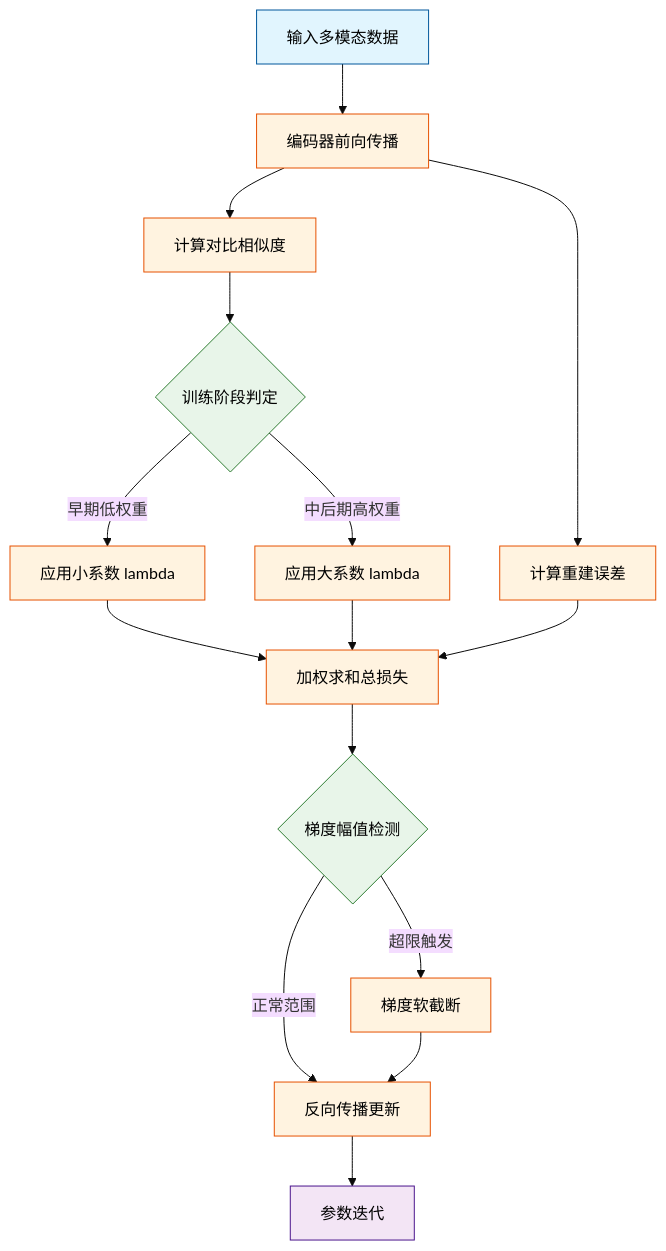
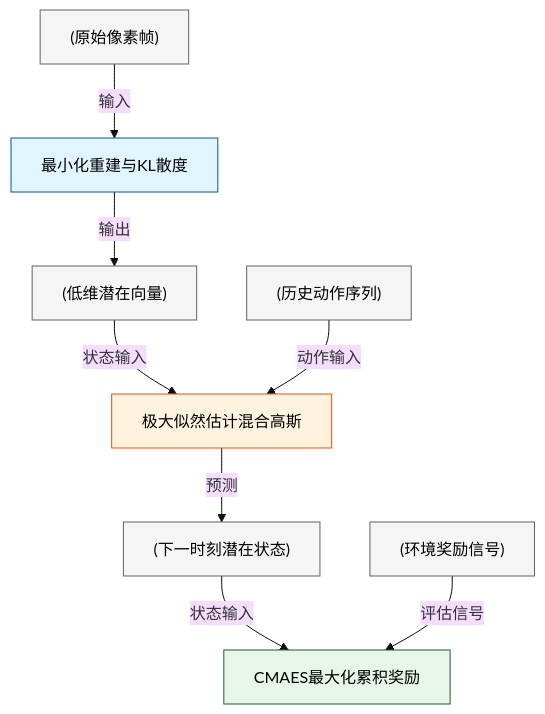
The fourth of 11 diagrams in person_vault/2026-06-08_WorldModels_1803.10122/report.md (ShinewineW/paper-rolling), drawn with Mermaid (base theme) before and after one commit. The commit also changed other lines of this file and 51 other files, not shown here.

````diff
--- a/person_vault/2026-06-08_WorldModels_1803.10122/report.md
+++ b/person_vault/2026-06-08_WorldModels_1803.10122/report.md
@@ -185,22 +257,15 @@
 ```mermaid
-flowchart TD
-    classDef input fill:#e1f5fe,stroke:#01579b,color:#000;
-    classDef process fill:#fff3e0,stroke:#e65100,color:#000;
-    classDef decision fill:#e8f5e9,stroke:#2e7d32,color:#000;
-    classDef output fill:#f3e5f5,stroke:#4a148c,color:#000;
+flowchart TB
+    classDef v fill:#e1f5fe,stroke:#01579b,color:#000;
+    classDef m fill:#fff3e0,stroke:#e65100,color:#000;
+    classDef c fill:#e8f5e9,stroke:#1b5e20,color:#000;
+    classDef data fill:#f5f5f5,stroke:#616161,color:#000;
 
-    raw_data["输入多模态数据"]:::input --> enc_forward["编码器前向传播"]:::process
-    enc_forward --> calc_recon["计算重建误差"]:::process
-    enc_forward --> calc_align["计算对比相似度"]:::process
-    calc_align --> check_phase{训练阶段判定}:::decision
-    check_phase -- 早期低权重 --> apply_lambda["应用小系数 lambda"]:::process
-    check_phase -- 中后期高权重 --> apply_lambda_high["应用大系数 lambda"]:::process
-    apply_lambda --> sum_loss["加权求和总损失"]:::process
-    apply_lambda_high --> sum_loss
-    calc_recon --> sum_loss
-    sum_loss --> grad_check{梯度幅值检测}:::decision
-    grad_check -- 超限触发 --> clip_grad["梯度软截断"]:::process
-    grad_check -- 正常范围 --> backprop["反向传播更新"]:::process
-    clip_grad --> backprop
-    backprop --> update_params["参数迭代"]:::output
+    raw_frames["(原始像素帧)"]:::data -->|输入| v_compress["最小化重建与KL散度"]:::v
+    v_compress -->|输出| latent_vec["(低维潜在向量)"]:::data
+    latent_vec -->|状态输入| m_predict["极大似然估计混合高斯"]:::m
+    action_seq["(历史动作序列)"]:::data -->|动作输入| m_predict
+    m_predict -->|预测| latent_next["(下一时刻潜在状态)"]:::data
+    latent_next -->|状态输入| c_optimize["CMAES最大化累积奖励"]:::c
+    reward_sig["(环境奖励信号)"]:::data -->|评估信号| c_optimize
 ```
````
